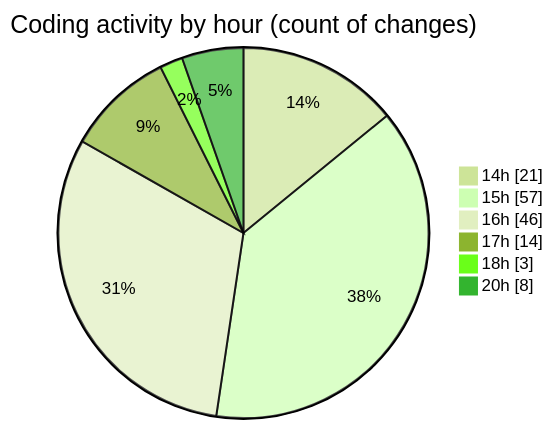
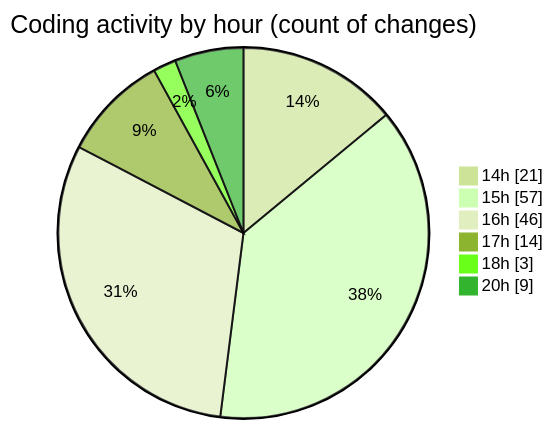
Before and after one commit to Ritupan-Deka/code-tracking: the second of 2 diagrams in 2025-05-24/projects/README.md, drawn with Mermaid (forest theme). The commit also changed other lines of this file and 1 other file, not shown here.

````diff
--- a/2025-05-24/projects/README.md
+++ b/2025-05-24/projects/README.md
@@ -35,10 +35,10 @@
 ```mermaid
 pie showData
 title Coding activity by hour (count of changes)
 "14h" : 21
 "15h" : 57
 "16h" : 46
 "17h" : 14
 "18h" : 3
-"20h" : 8
+"20h" : 9
 ```
````
